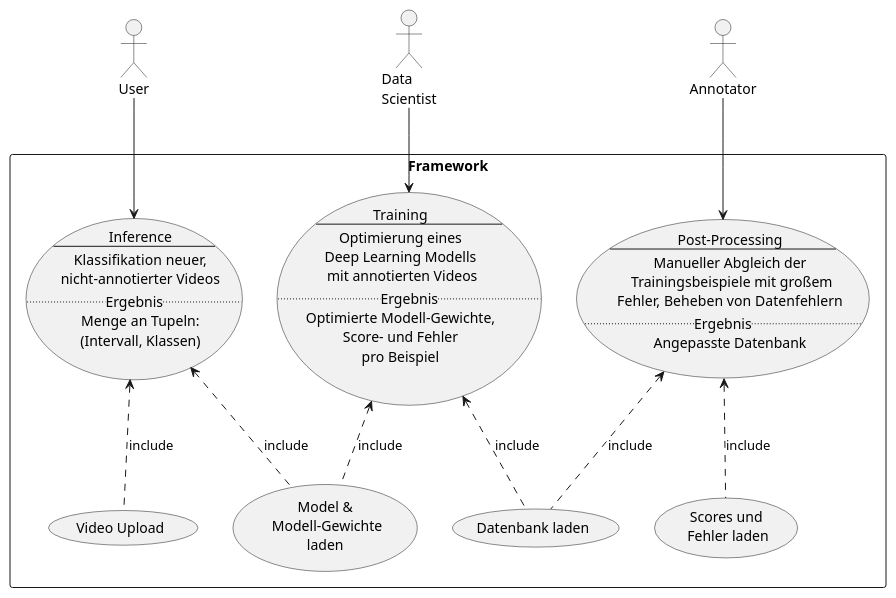
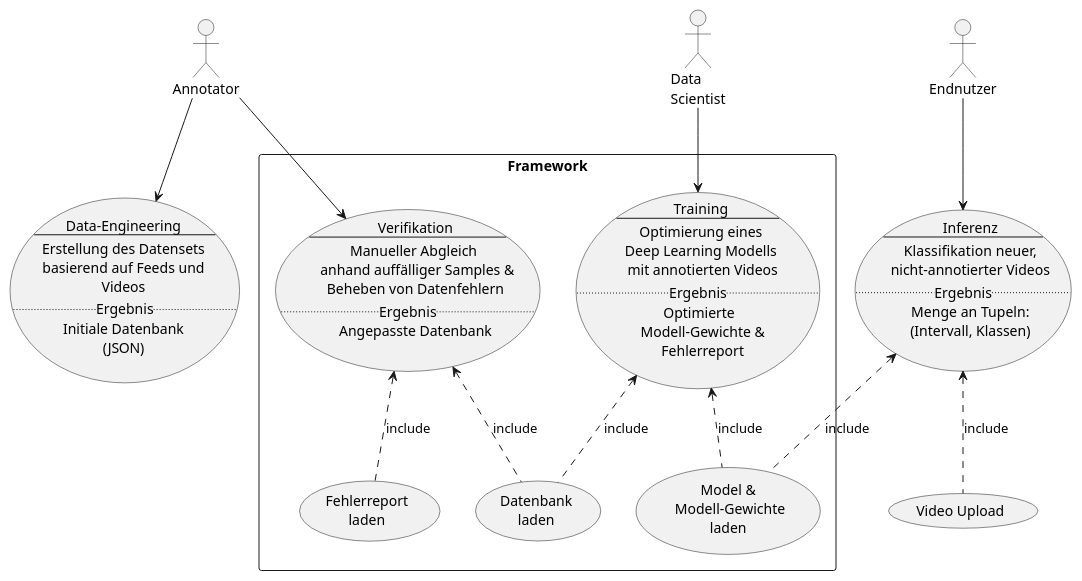
Before and after one commit to simnado/Master-Thesis: the diagram in fig/usecase.puml, drawn with PlantUML. The commit also changed 13 other files, not shown here.

```diff
--- a/fig/usecase.puml
+++ b/fig/usecase.puml
@@ -1,42 +1,52 @@
 @startuml
-rectangle Framework {
+
+usecase Data as "
+Data-Engineering
+--
+Erstellung des Datensets\nbasierend auf Feeds und\nVideos
+..Ergebnis..
+Initiale Datenbank\n(JSON)"
 
 usecase Inference as "
-Inference
+Inferenz
 --
 Klassifikation neuer,\nnicht-annotierter Videos
 ..Ergebnis..
 Menge an Tupeln:\n(Intervall, Klassen)"
+
+rectangle Framework {
 
 usecase Training as "
 Training
 --
 Optimierung eines\nDeep Learning Modells\n mit annotierten Videos
 ..Ergebnis..
-Optimierte Modell-Gewichte,\nScore- und Fehler\npro Beispiel"
+Optimierte \n Modell-Gewichte &\n Fehlerreport"
 
 usecase Post as "
-Post-Processing
+Verifikation
 --
-Manueller Abgleich der\n Trainingsbeispiele mit großem\nFehler, Beheben von Datenfehlern
+Manueller Abgleich \n anhand auffälliger Samples &\nBeheben von Datenfehlern
 ..Ergebnis..
 Angepasste Datenbank"
 
-(Post) <.. (Scores und\n Fehler laden) : include
-(Post) <.. (Datenbank laden): include
+(Post) <.. (Fehlerreport\nladen) : include
+(Post) <.. (Datenbank\nladen): include
 
-(Training) <.. (Datenbank laden) : include
+(Training) <.. (Datenbank\nladen) : include
 (Training) <.. (Model &\n Modell-Gewichte\nladen) : include
 
 
 (Inference) <.. (Model &\n Modell-Gewichte\nladen) : include
-(Inference) <.. (Video Upload) : include
 }
 
-:User: -down-> (Inference)
+:Endnutzer: --> (Inference)
 :Data\nScientist: as Scientist
-Scientist -down-> (Training)
+Scientist --> (Training)
 :Annotator: as Annotator
-Annotator -down-> (Post)
+Annotator --> (Post)
+Annotator --> (Data)
+(Inference) <.. (Video Upload) : include
+
 
 @enduml
```
